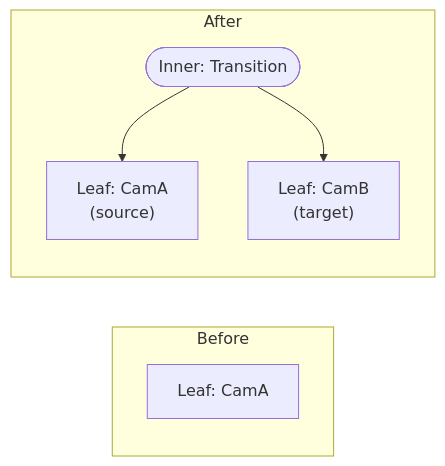
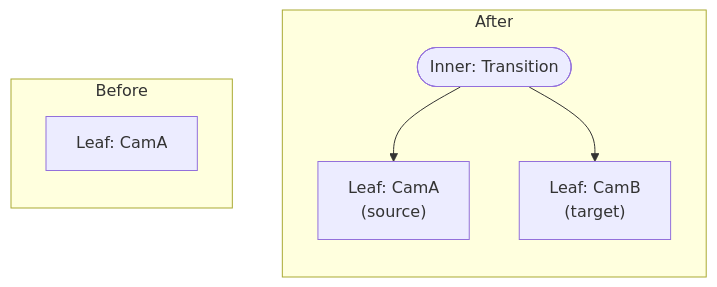
One commit to littlesulley/ComposableCameraSystem-Docs changed the first of 4 diagrams in docs/user-guide/concepts/evaluation-tree.md. Above: the diagram before and after it, drawn with Mermaid. The commit also changed other lines of this file and 9 other files, not shown here.

Commit message:
Rename 'Activate Composable Camera' to 'Activate Camera' across all docs; fix mermaid Before/After ordering

````diff
--- a/docs/user-guide/concepts/evaluation-tree.md
+++ b/docs/user-guide/concepts/evaluation-tree.md
@@ -33,13 +33,14 @@
 ```mermaid
 flowchart LR
     subgraph Before
         direction TB
         A1["Leaf: CamA"]
     end
     subgraph After
         direction TB
         Inner(["Inner: Transition"])
         Inner --> A2["Leaf: CamA<br/>(source)"]
         Inner --> B1["Leaf: CamB<br/>(target)"]
     end
+    Before ~~~ After
 ```
````
